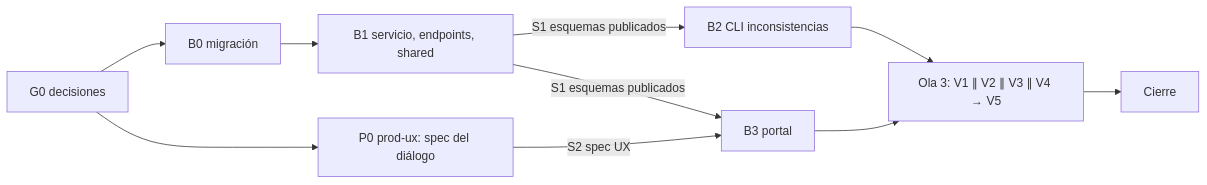
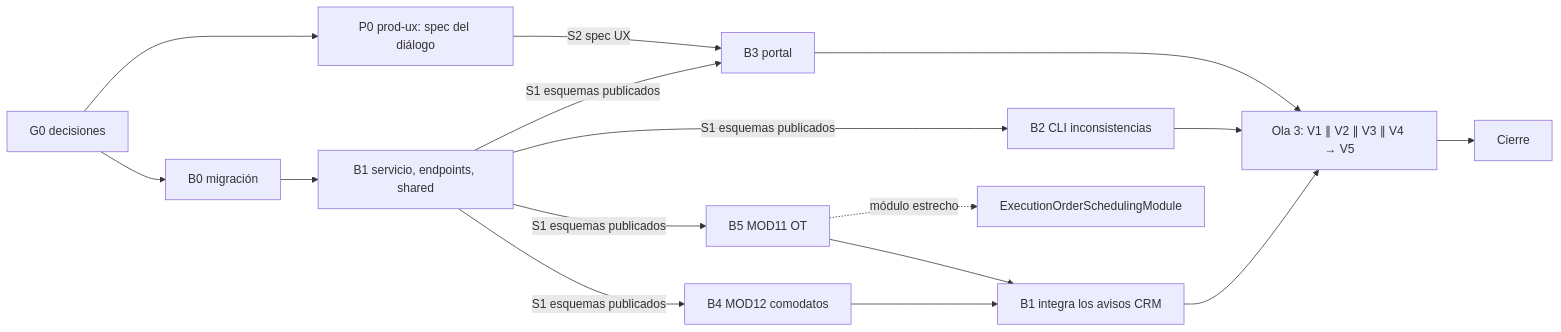
The diagram in docs/plans/2026-10-19-mod05-ciclo-vida-suspension.md (Sleybc/iWana-neXt), drawn with Mermaid before and after one commit. The commit also changed other lines of this file and 91 other files, not shown here.

````diff
--- a/docs/plans/2026-10-19-mod05-ciclo-vida-suspension.md
+++ b/docs/plans/2026-10-19-mod05-ciclo-vida-suspension.md
@@ -22,8 +27,11 @@
 ```mermaid
 flowchart LR
   G0[G0 decisiones] --> P0[P0 prod-ux: spec del diálogo] & B0[B0 migración]
   B0 --> B1[B1 servicio, endpoints, shared]
-  B1 -- S1 esquemas publicados --> B2[B2 CLI inconsistencias] & B3[B3 portal]
+  B1 -- S1 esquemas publicados --> B2[B2 CLI inconsistencias] & B3[B3 portal] & B4[B4 MOD12 comodatos] & B5[B5 MOD11 OT]
+  B4 --> B1I[B1 integra los avisos CRM]
+  B5 --> B1I
+  B5 -. módulo estrecho .-> ESM[ExecutionOrderSchedulingModule]
   P0 -- S2 spec UX --> B3
-  B2 & B3 --> V[Ola 3: V1 ∥ V2 ∥ V3 ∥ V4 → V5] --> C[Cierre]
+  B1I & B2 & B3 --> V[Ola 3: V1 ∥ V2 ∥ V3 ∥ V4 → V5] --> C[Cierre]
 ```
````
